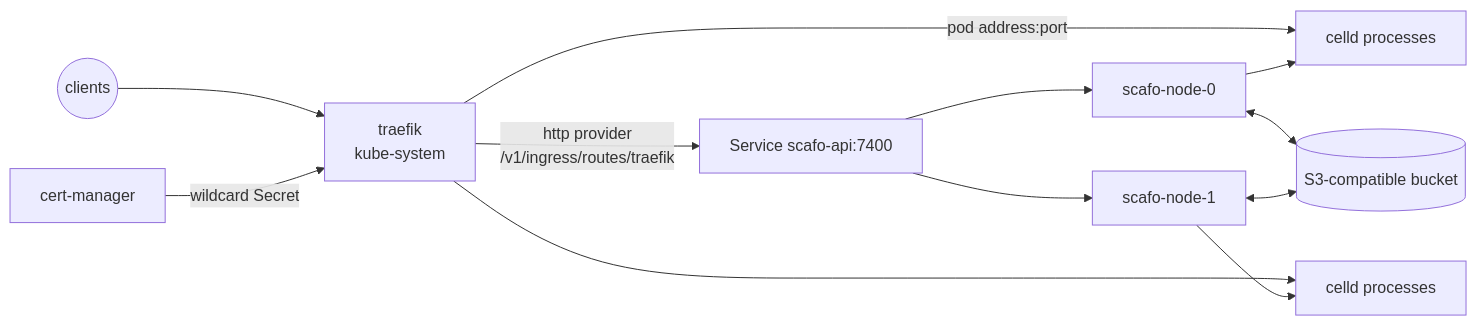
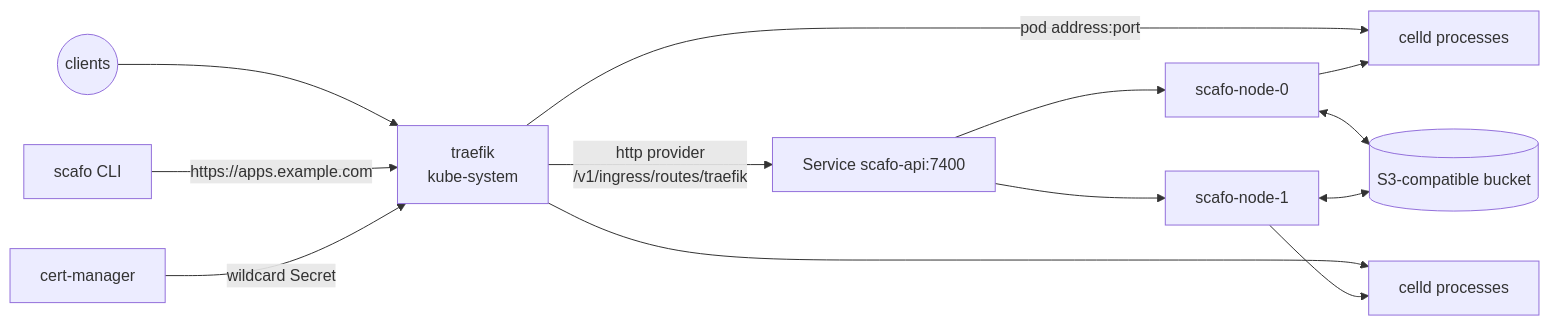
Before and after one commit to sandros94/scafo-docs: the diagram in 3.deploy/4.k3s.md, drawn with Mermaid. The commit also changed other lines of this file and 7 other files, not shown here.

````diff
--- a/3.deploy/4.k3s.md
+++ b/3.deploy/4.k3s.md
@@ -11,14 +11,15 @@
 ```mermaid
 flowchart LR
   U((clients)) --> T["traefik<br/>kube-system"]
+  CLI["scafo CLI"] -->|"https://apps.example.com"| T
   T -->|"http provider<br/>/v1/ingress/routes/traefik"| SVC["Service scafo-api:7400"]
   SVC --> P0["scafo-node-0"]
   SVC --> P1["scafo-node-1"]
   T -->|"pod address:port"| C0["celld processes"]
   T --> C1["celld processes"]
   P0 --> C0
   P1 --> C1
   P0 <--> S3[("S3-compatible bucket")]
   P1 <--> S3
   CM["cert-manager"] -->|"wildcard Secret"| T
 ```
````
